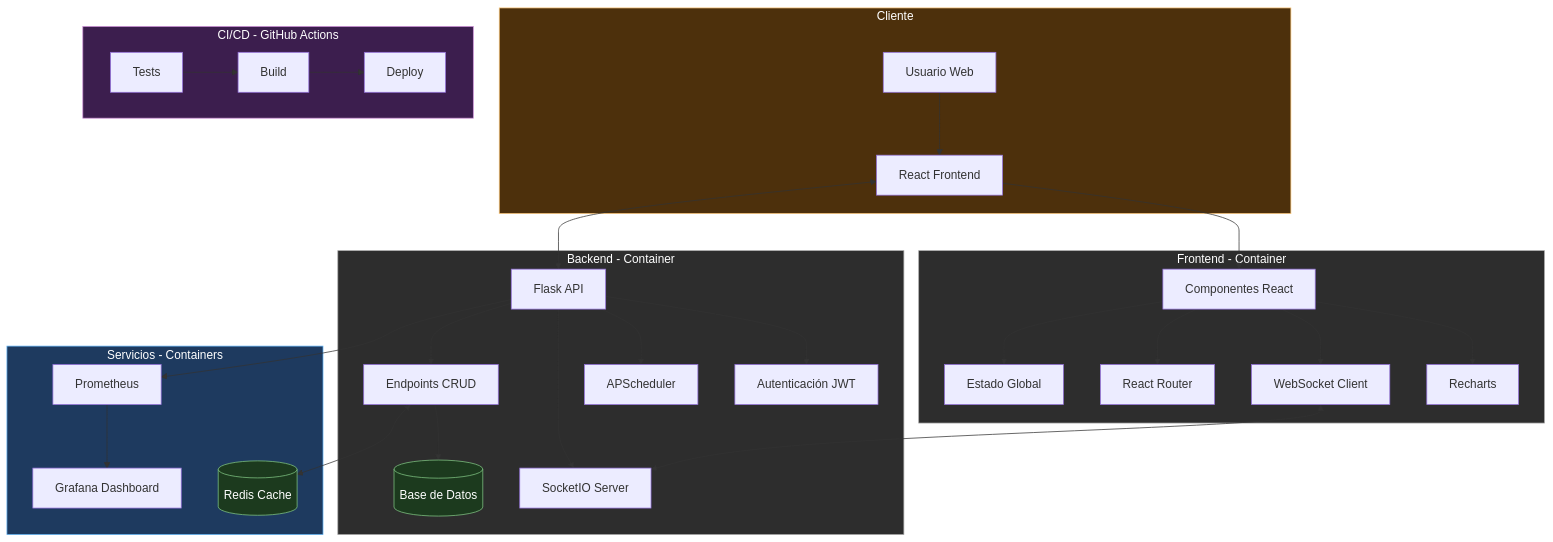
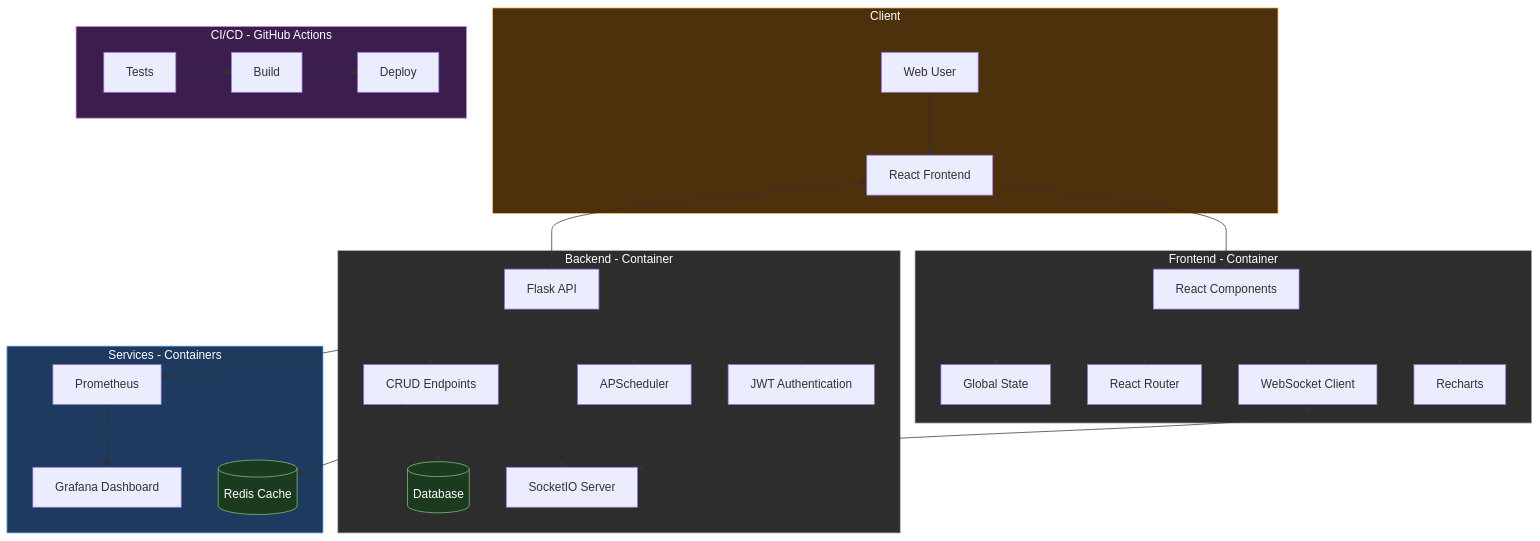
Before and after one commit to jeancadev/real-time-dashboard: the diagram in README.md, drawn with Mermaid. The commit also changed other lines of this file, not shown here.

Commit message:
The README.md content was translated and updated, improving the clarity and accessibility of information about the application, its architecture, and features. Titles were changed, and sections were adjusted to reflect a more consistent English format.

````diff
--- a/README.md
+++ b/README.md
@@ -51,58 +51,58 @@
 ```mermaid
 flowchart TD
-    %% Definición de estilos con colores oscuros para mejor contraste
+    %% Style definitions with dark colors for better contrast
     classDef container fill:#2d2d2d,stroke:#aaaaaa,stroke-width:1px,color:#ffffff;
     classDef service fill:#1e3a5f,stroke:#64b5f6,stroke-width:1px,color:#ffffff;
     classDef database fill:#1c3a1e,stroke:#81c784,stroke-width:1px,color:#ffffff;
     classDef client fill:#4d300c,stroke:#ffcc80,stroke-width:1px,color:#ffffff;
     classDef cicd fill:#3c1e4e,stroke:#ce93d8,stroke-width:1px,color:#ffffff;
 
-    %% Cliente
-    subgraph cliente[Cliente]
-        A[Usuario Web] --> B[React Frontend]
+    %% Client
+    subgraph client[Client]
+        A[Web User] --> B[React Frontend]
     end
-    class cliente client;
+    class client client;
 
     %% Frontend
     subgraph frontend[Frontend - Container]
-        B --> C[Componentes React]
+        B --> C[React Components]
         C --> D[Recharts]
         C --> E[WebSocket Client]
         C --> F[React Router]
-        C --> G[Estado Global]
+        C --> G[Global State]
     end
     class frontend container;
 
     %% Backend
     subgraph backend[Backend - Container]
-        H[Flask API] --> I[Autenticación JWT]
+        H[Flask API] --> I[JWT Authentication]
         H --> J[APScheduler]
         H --> K[SocketIO Server]
-        H --> L[Endpoints CRUD]
-        L --> M[(Base de Datos)]
+        H --> L[CRUD Endpoints]
+        L --> M[(Database)]
     end
     class backend container;
     class M database;
 
-    %% Servicios
-    subgraph servicios[Servicios - Containers]
+    %% Services
+    subgraph services[Services - Containers]
         N[(Redis Cache)]
         O[Prometheus]
         P[Grafana Dashboard]
     end
-    class servicios service;
+    class services service;
     class N database;
 
     %% CI/CD
-    subgraph cicd[CI/CD - GitHub Actions]
+    subgraph cicd_gh[CI/CD - GitHub Actions]
         Q[Tests] --> R[Build] --> S[Deploy]
     end
-    class cicd cicd;
+    class cicd_gh cicd;
 
-    %% Conexiones
+    %% Connections
     B <--> H
     E <--> K
     L <--> N
     H --> O
     O --> P
 ```
````
